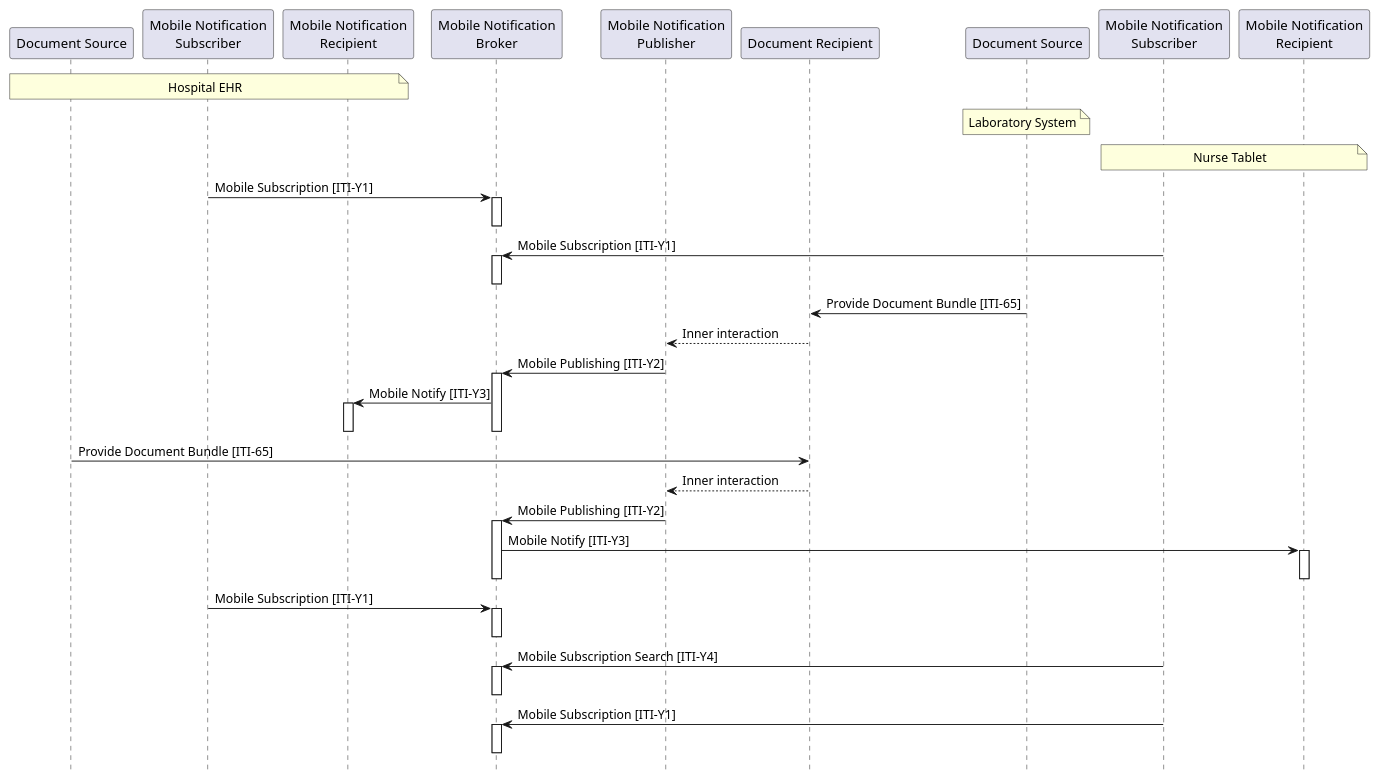
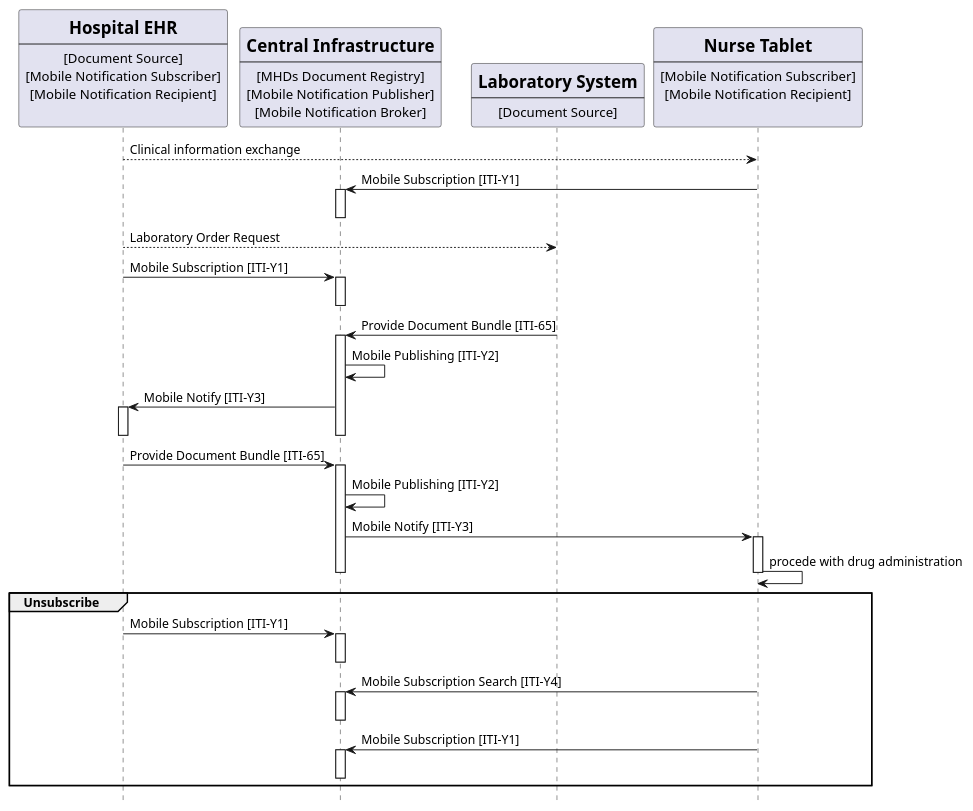
Before and after one commit to IHE/ITI.DSUBm: the diagram in input/images-source/usecase1-processflow.plantuml, drawn with PlantUML. The commit also changed 2 other files, not shown here.

```diff
--- a/input/images-source/usecase1-processflow.plantuml
+++ b/input/images-source/usecase1-processflow.plantuml
@@ -1,52 +1,85 @@
 @startuml
 skinparam svgDimensionStyle false
 hide footbox
 
-participant "Document Source" as source
-participant "Mobile Notification\nSubscriber" as subscriber
-participant "Mobile Notification\nRecipient" as recipient
-participant "Mobile Notification\nBroker" as broker
-participant "Mobile Notification\nPublisher" as publisher
-participant "Document Recipient" as recipientDoc
-participant "Document Source" as source2
-participant "Mobile Notification\nSubscriber" as subscriber2
-participant "Mobile Notification\nRecipient" as recipient2
 
-note over source, recipient: Hospital EHR
-note over source2: Laboratory System
-note over subscriber2, recipient2: Nurse Tablet
-"subscriber" -> "broker" : Mobile Subscription [ITI-Y1]
-activate broker
-deactivate broker
-"subscriber2" -> "broker" : Mobile Subscription [ITI-Y1]
-activate broker
-deactivate broker
+participant HospitalEHR [
+    =Hospital EHR
+    ----
+    [Document Source]
+    [Mobile Notification Subscriber]
+    [Mobile Notification Recipient]
+    
+] 
 
-"source2" -> "recipientDoc" : Provide Document Bundle [ITI-65]
-recipientDoc --> "publisher": Inner interaction
-"publisher" -> "broker" : Mobile Publishing [ITI-Y2]
-activate broker
-"broker" -> "recipient" : Mobile Notify [ITI-Y3]
-activate recipient
-deactivate recipient
-deactivate broker
+participant MHDsDocumentRegistry [
+    =Central Infrastructure
+    ----
+    [MHDs Document Registry]
+    [Mobile Notification Publisher]
+    [Mobile Notification Broker]
+    ] 
 
-"source" -> "recipientDoc" : Provide Document Bundle [ITI-65]
-recipientDoc --> "publisher": Inner interaction
-"publisher" -> "broker" : Mobile Publishing [ITI-Y2]
-activate broker
-"broker" -> "recipient2" : Mobile Notify [ITI-Y3]
-activate recipient2
-deactivate recipient2
-deactivate broker
 
-"subscriber" -> "broker" : Mobile Subscription [ITI-Y1]
-activate broker
-deactivate broker
-"subscriber2" -> "broker" : Mobile Subscription Search [ITI-Y4]
-activate broker
-deactivate broker
-"subscriber2" -> "broker" : Mobile Subscription [ITI-Y1]
-activate broker
-deactivate broker
+
+participant LaboratorySystem [
+    =Laboratory System
+    ----
+    [Document Source]
+] 
+
+participant NurseTablet [
+    =Nurse Tablet
+    ----
+    [Mobile Notification Subscriber]
+    [Mobile Notification Recipient]
+    
+] 
+
+HospitalEHR --> NurseTablet:  Clinical information exchange
+NurseTablet -> MHDsDocumentRegistry:   Mobile Subscription [ITI-Y1]
+activate MHDsDocumentRegistry
+deactivate MHDsDocumentRegistry
+HospitalEHR --> LaboratorySystem:  Laboratory Order Request
+
+HospitalEHR -> MHDsDocumentRegistry:  Mobile Subscription [ITI-Y1]
+activate MHDsDocumentRegistry
+deactivate MHDsDocumentRegistry
+
+
+
+
+LaboratorySystem -> MHDsDocumentRegistry: Provide Document Bundle [ITI-65]
+activate MHDsDocumentRegistry
+MHDsDocumentRegistry -> MHDsDocumentRegistry : Mobile Publishing [ITI-Y2]
+MHDsDocumentRegistry -> HospitalEHR : Mobile Notify [ITI-Y3]
+activate HospitalEHR
+deactivate MHDsDocumentRegistry
+deactivate HospitalEHR
+
+
+
+HospitalEHR -> MHDsDocumentRegistry: Provide Document Bundle [ITI-65]
+activate MHDsDocumentRegistry
+MHDsDocumentRegistry -> MHDsDocumentRegistry : Mobile Publishing [ITI-Y2]
+MHDsDocumentRegistry -> NurseTablet : Mobile Notify [ITI-Y3]
+activate NurseTablet
+NurseTablet -> NurseTablet: procede with drug administration
+deactivate NurseTablet
+deactivate MHDsDocumentRegistry
+
+group Unsubscribe
+  HospitalEHR ->MHDsDocumentRegistry: Mobile Subscription [ITI-Y1]
+  activate MHDsDocumentRegistry
+  deactivate MHDsDocumentRegistry
+  
+  NurseTablet ->MHDsDocumentRegistry: Mobile Subscription Search [ITI-Y4]
+  activate MHDsDocumentRegistry
+  deactivate MHDsDocumentRegistry
+  
+  NurseTablet ->MHDsDocumentRegistry : Mobile Subscription [ITI-Y1]
+  activate MHDsDocumentRegistry
+  deactivate MHDsDocumentRegistry
+end
+
 @enduml
```
